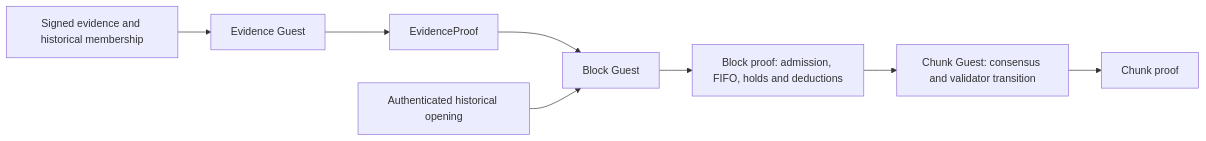
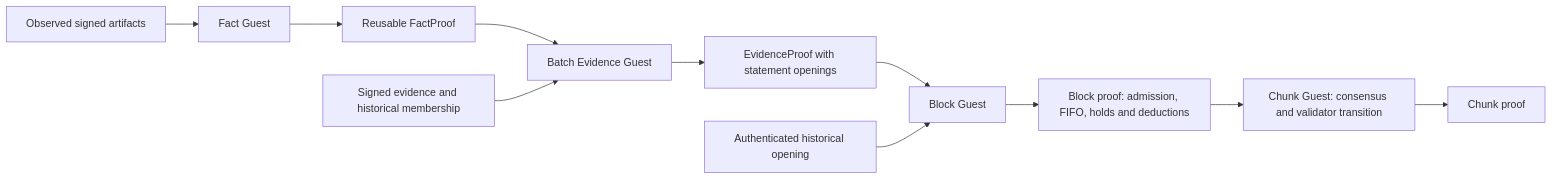
Before and after one commit to Rorical/Neutrino: the diagram in docs/design/20-evidence-proofs.md, drawn with Mermaid. The commit also changed other lines of this file and 53 other files, not shown here.

First line of the commit message:
Optimize proof scheduling, BLS verification and batched evidence

````diff
--- a/docs/design/20-evidence-proofs.md
+++ b/docs/design/20-evidence-proofs.md
@@ -19,10 +20,13 @@
 ```mermaid
 flowchart LR
-    E[Signed evidence and historical membership] --> G[Evidence Guest]
-    G --> P[EvidenceProof]
+    S[Observed signed artifacts] --> F[Fact Guest]
+    F --> R[Reusable FactProof]
+    R --> G[Batch Evidence Guest]
+    E[Signed evidence and historical membership] --> G
+    G --> P[EvidenceProof with statement openings]
     P --> B[Block Guest]
     H[Authenticated historical opening] --> B
     B --> Q[Block proof: admission, FIFO, holds and deductions]
     Q --> C[Chunk Guest: consensus and validator transition]
-    C --> F[Chunk proof]
+    C --> QP[Chunk proof]
 ```
````
